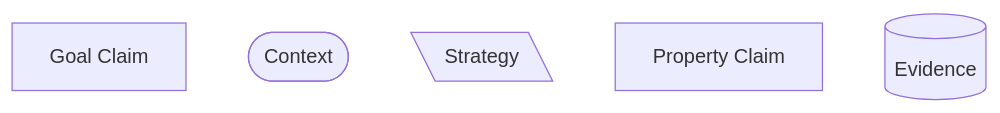
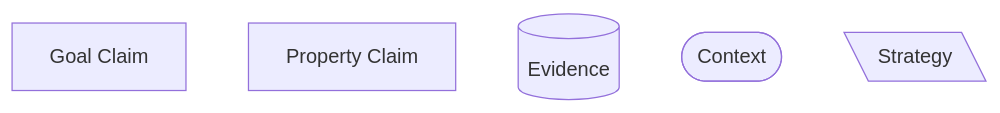
One commit to alan-turing-institute/AssurancePlatform changed the first of 6 diagrams in site/docs/guidance/components.md. Above: the diagram before and after it, drawn with Mermaid. The commit also changed other lines of this file, not shown here.

````diff
--- a/site/docs/guidance/components.md
+++ b/site/docs/guidance/components.md
@@ -34,8 +27,8 @@
 ```mermaid
 flowchart TD
-  G1[Goal Claim]
-  C1([Context])
-  S1[\Strategy\]
+  G1[Goal Claim];
   P1[Property Claim];
   E1[(Evidence)];
+  C1([Context]);
+  S1[\Strategy\]
 ```
````
